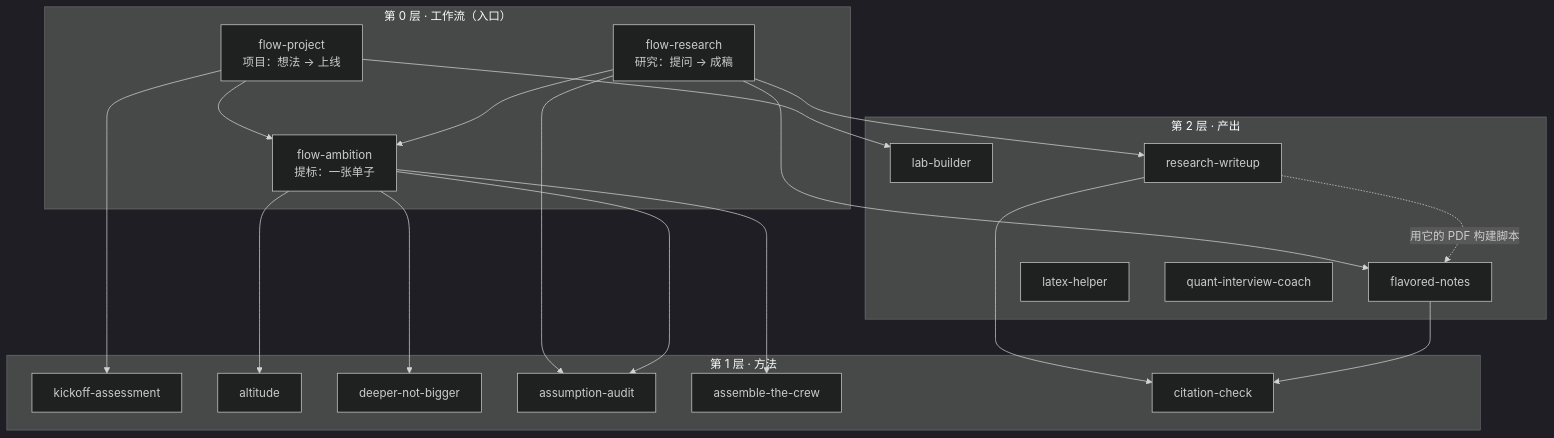
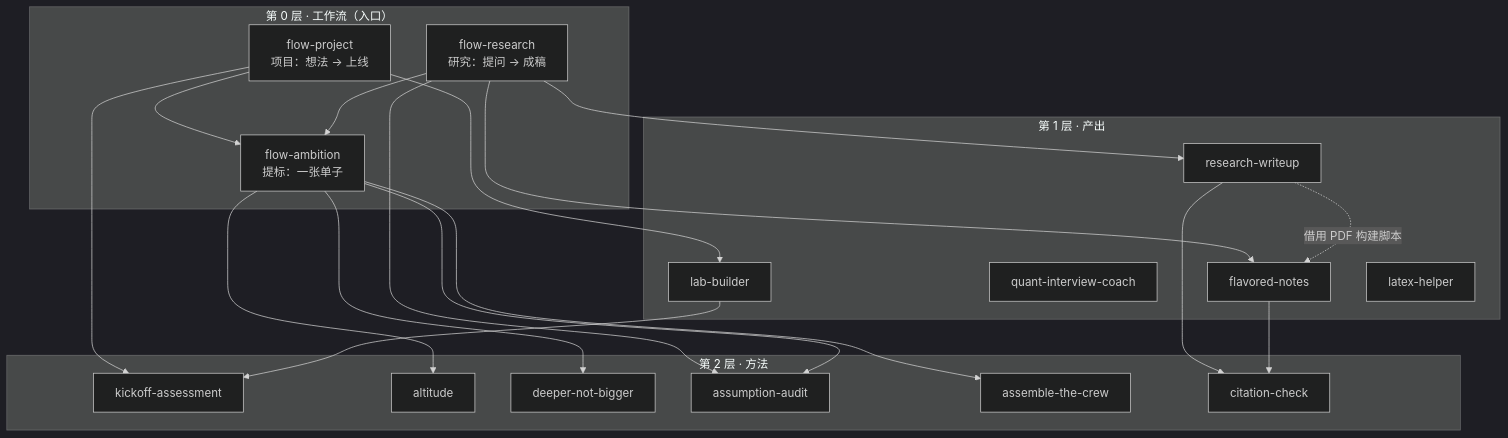
Before and after one commit to ZechenBian/ZechenBian.github.io: the diagram in _skills/README.md, drawn with Mermaid (dark theme). The commit also changed other lines of this file and 255 other files, not shown here.

````diff
--- a/_skills/README.md
+++ b/_skills/README.md
@@ -9,37 +15,40 @@
 ```mermaid
 flowchart TB
   subgraph L0["第 0 层 · 工作流（入口）"]
     FP["flow-project<br/>项目：想法 → 上线"]
     FR["flow-research<br/>研究：提问 → 成稿"]
     FA["flow-ambition<br/>提标：一张单子"]
   end
-  subgraph L1["第 1 层 · 方法"]
+  subgraph L1["第 1 层 · 产出"]
+    LB[lab-builder]
+    RW[research-writeup]
+    FN[flavored-notes]
+    LH[latex-helper]
+    QC[quant-interview-coach]
+  end
+  subgraph L2["第 2 层 · 方法"]
     KA[kickoff-assessment]
     AL[altitude]
     DN[deeper-not-bigger]
     AA[assumption-audit]
     AC[assemble-the-crew]
     CC[citation-check]
   end
-  subgraph L2["第 2 层 · 产出"]
-    LB[lab-builder]
-    RW[research-writeup]
-    FN[flavored-notes]
-    LH[latex-helper]
-    QC[quant-interview-coach]
-  end
-  FP --> KA
-  FP --> FA
   FP --> LB
   FR --> RW
   FR --> FN
+  FP --> FA
+  FR --> FA
+  FP --> KA
   FR --> AA
-  FR --> FA
   FA --> AL
   FA --> DN
   FA --> AA
   FA --> AC
+  LB --> KA
   RW --> CC
   FN --> CC
-  RW -. 用它的 PDF 构建脚本 .-> FN
+  RW -. 借用 PDF 构建脚本 .-> FN
+  QC ~~~ AC
+  LH ~~~ CC
 ```
````
